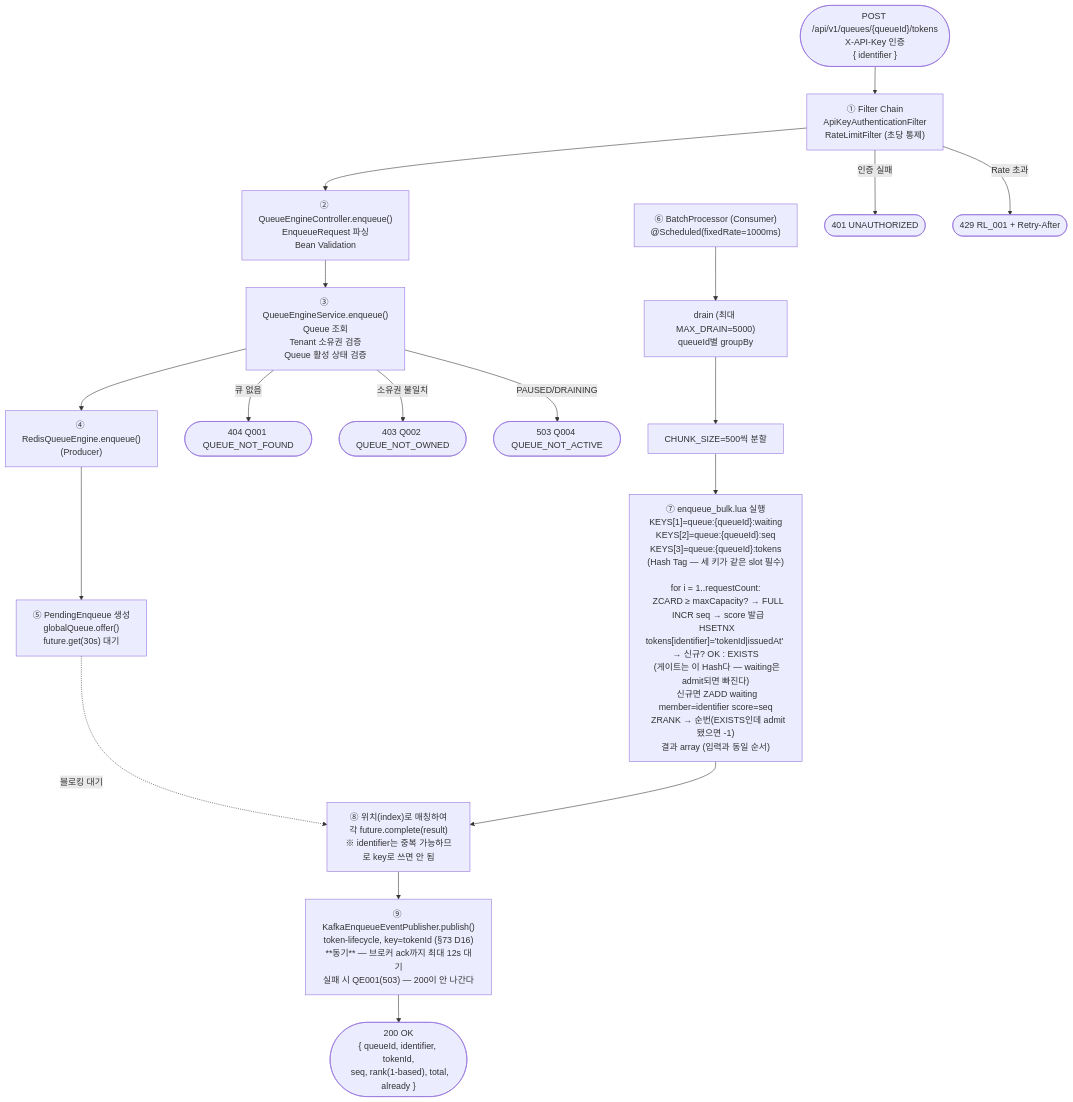
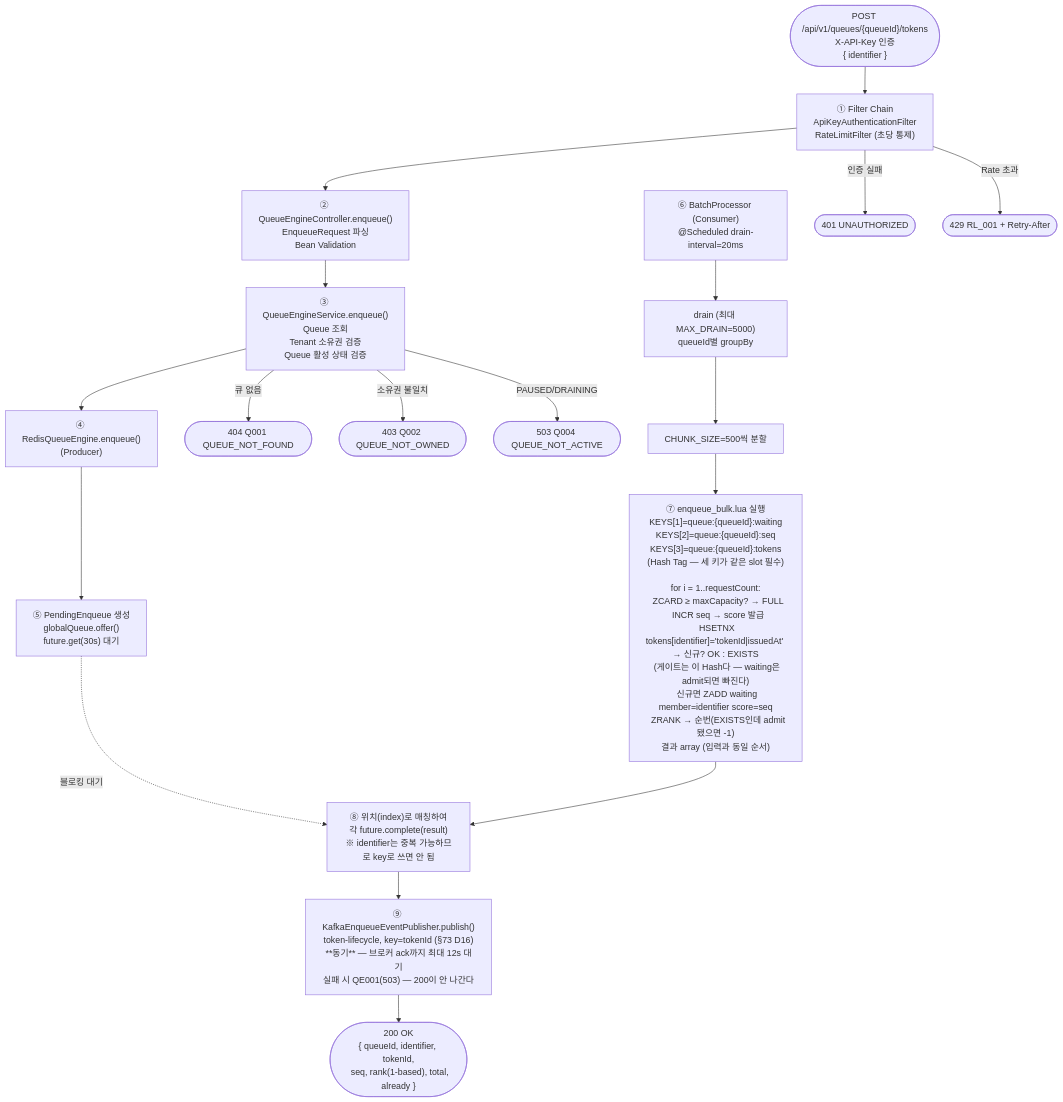
One commit to S-Onix/queue-platform changed the first of 11 diagrams in doc/FLOW.md. Above: the diagram before and after it, drawn with Mermaid. The commit also changed other lines of this file and 5 other files, not shown here.

````diff
--- a/doc/FLOW.md
+++ b/doc/FLOW.md
@@ -19,27 +19,27 @@
 ```mermaid
 flowchart TD
     START(["POST /api/v1/queues/{queueId}/tokens\nX-API-Key 인증\n{ identifier }"])
     --> FILTER["① Filter Chain\nApiKeyAuthenticationFilter\nRateLimitFilter (초당 통제)"]
     --> CTRL["② QueueEngineController.enqueue()\nEnqueueRequest 파싱\nBean Validation"]
     --> SERV["③ QueueEngineService.enqueue()\nQueue 조회\nTenant 소유권 검증\nQueue 활성 상태 검증"]
     --> ENG["④ RedisQueueEngine.enqueue()\n(Producer)"]
 
     ENG --> OFFER["⑤ PendingEnqueue 생성\nglobalQueue.offer()\nfuture.get(30s) 대기"]
 
     OFFER -.->|"블로킹 대기"| COMPLETE
 
-    SCHED["⑥ BatchProcessor (Consumer)\n@Scheduled(fixedRate=1000ms)"]
+    SCHED["⑥ BatchProcessor (Consumer)\n@Scheduled drain-interval=20ms"]
     --> DRAIN["drain (최대 MAX_DRAIN=5000)\nqueueId별 groupBy"]
     --> CHUNK["CHUNK_SIZE=500씩 분할"]
     --> BULKLUA["⑦ enqueue_bulk.lua 실행\nKEYS[1]=queue:{queueId}:waiting\nKEYS[2]=queue:{queueId}:seq\nKEYS[3]=queue:{queueId}:tokens\n(Hash Tag — 세 키가 같은 slot 필수)\n\nfor i = 1..requestCount:\n  ZCARD ≥ maxCapacity? → FULL\n  INCR seq → score 발급\n  HSETNX tokens[identifier]='tokenId|issuedAt' → 신규? OK : EXISTS\n  (게이트는 이 Hash다 — waiting은 admit되면 빠진다)\n  신규면 ZADD waiting member=identifier score=seq\n  ZRANK → 순번(EXISTS인데 admit됐으면 -1)\n결과 array (입력과 동일 순서)"]
     --> COMPLETE["⑧ 위치(index)로 매칭하여\n각 future.complete(result)\n※ identifier는 중복 가능하므로 key로 쓰면 안 됨"]
 
     COMPLETE --> PUB["⑨ KafkaEnqueueEventPublisher.publish()\ntoken-lifecycle, key=tokenId (§73 D16)\n**동기** — 브로커 ack까지 최대 12s 대기\n실패 시 QE001(503) — 200이 안 나간다"]
     --> OK(["200 OK\n{ queueId, identifier, tokenId,\n  seq, rank(1-based), total, already }"])
 
     FILTER -->|"인증 실패"| E401(["401 UNAUTHORIZED"])
     FILTER -->|"Rate 초과"| E429(["429 RL_001 + Retry-After"])
     SERV -->|"큐 없음"| E404(["404 Q001 QUEUE_NOT_FOUND"])
     SERV -->|"소유권 불일치"| E403(["403 Q002 QUEUE_NOT_OWNED"])
     SERV -->|"PAUSED/DRAINING"| E503(["503 Q004 QUEUE_NOT_ACTIVE"])
 ```
````
